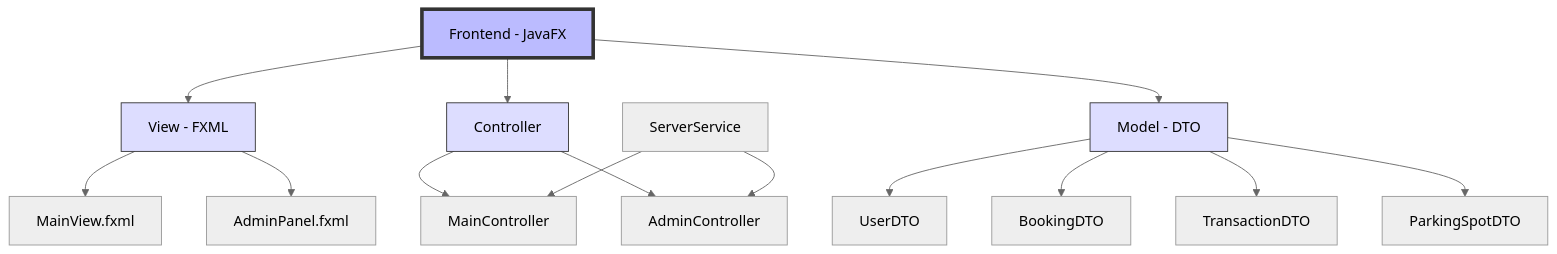
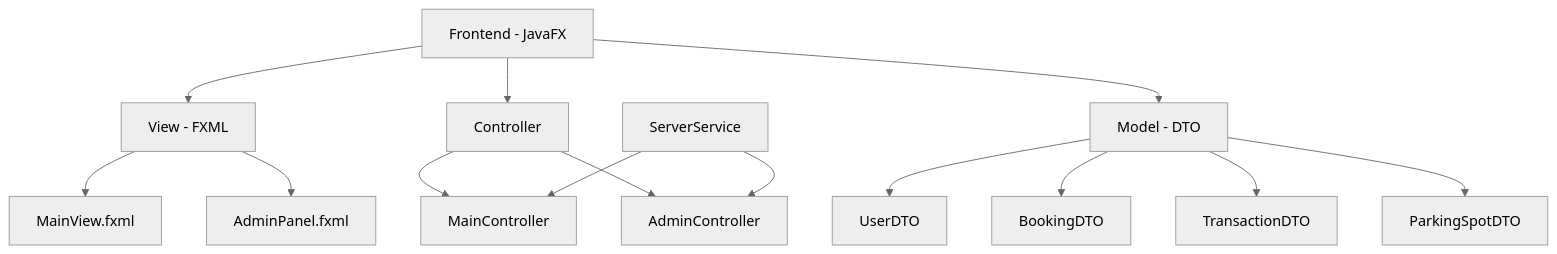
Before and after one commit to Butcher044/H2-Hibernate: the second of 5 diagrams in README.md, drawn with Mermaid (neutral theme). The commit also changed other lines of this file, not shown here.

````diff
--- a/README.md
+++ b/README.md
@@ -110,25 +103,20 @@
 ```mermaid
 graph TD
     A[Frontend - JavaFX] --> B[View - FXML]
     A --> C[Controller]
     A --> D[Model - DTO]
     
     B --> E[MainView.fxml]
     B --> F[AdminPanel.fxml]
     
     C --> G[MainController]
     C --> H[AdminController]
     
     D --> I[UserDTO]
     D --> J[BookingDTO]
     D --> K[TransactionDTO]
     D --> L[ParkingSpotDTO]
     
     M[ServerService] --> G
     M --> H
-
-    style A fill:#bbf,stroke:#333,stroke-width:4px
-    style B fill:#ddf,stroke:#333
-    style C fill:#ddf,stroke:#333
-    style D fill:#ddf,stroke:#333
 ```
````
